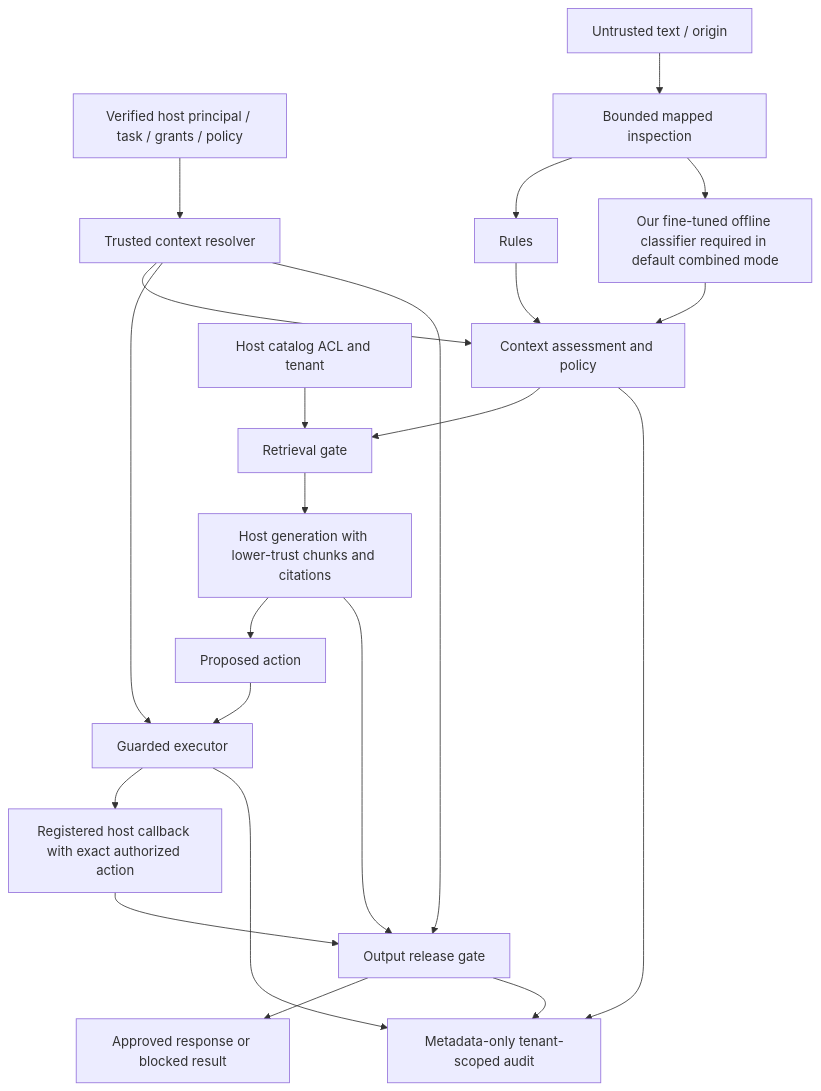
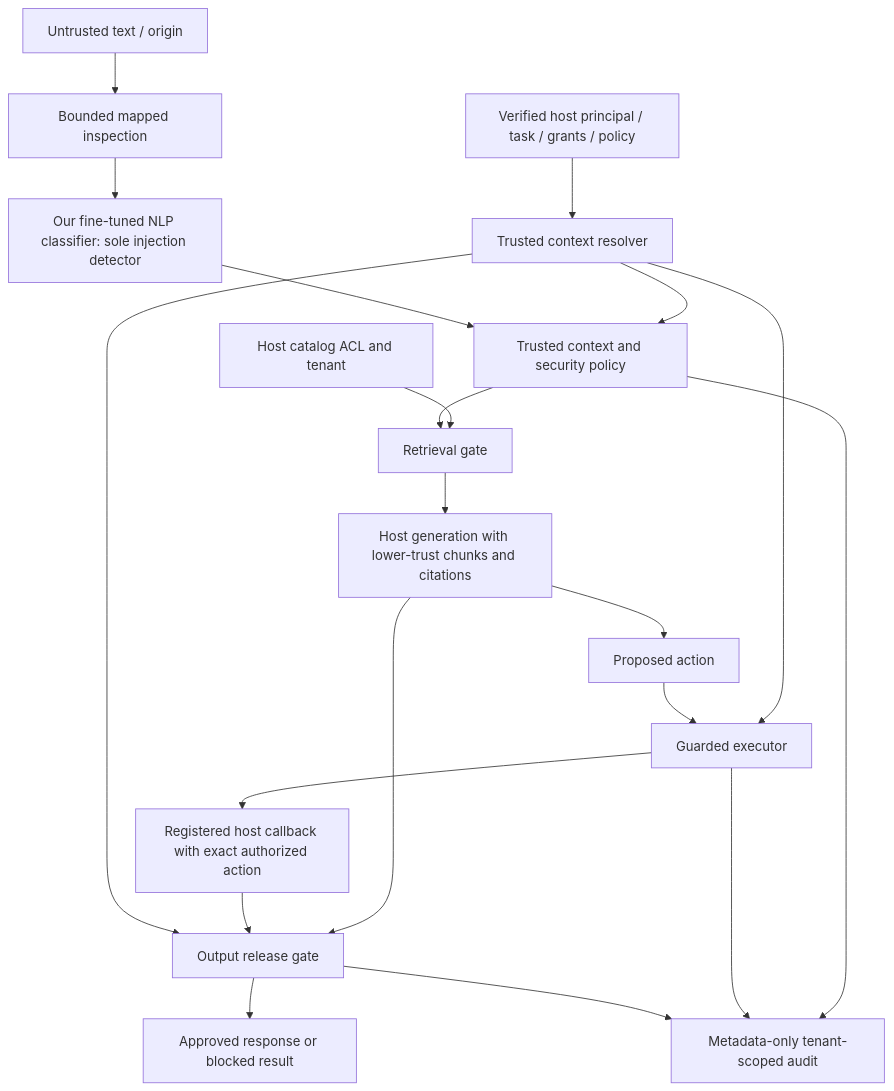
One commit to namelessweakl1ng/kjnlae changed the diagram in docs/superpowers/specs/2026-10-13-v0.2-design.md. Above: the diagram before and after it, drawn with Mermaid. The commit also changed other lines of this file and 1 other file, not shown here.

Commit message:
docs: revise v0.2 architecture for sole fine-tuned NLP detector

````diff
--- a/docs/superpowers/specs/2026-10-13-v0.2-design.md
+++ b/docs/superpowers/specs/2026-10-13-v0.2-design.md
@@ -80,24 +86,22 @@
 ```mermaid
 flowchart TD
   H[Verified host principal / task / grants / policy] --> C[Trusted context resolver]
   U[Untrusted text / origin] --> I[Bounded mapped inspection]
-  I --> R[Rules]
-  I --> M[Our fine-tuned offline classifier required in default combined mode]
-  C --> P[Context assessment and policy]
-  R --> P
+  I --> M[Our fine-tuned NLP classifier: sole injection detector]
+  C --> P[Trusted context and security policy]
   M --> P
   A[Host catalog ACL and tenant] --> G[Retrieval gate]
   P --> G
   G --> L[Host generation with lower-trust chunks and citations]
   L --> T[Proposed action]
   C --> X[Guarded executor]
   T --> X
   X --> E[Registered host callback with exact authorized action]
   L --> O[Output release gate]
   E --> O
   C --> O
   O --> Q[Approved response or blocked result]
   P --> D[Metadata-only tenant-scoped audit]
   X --> D
   O --> D
 ```
````
